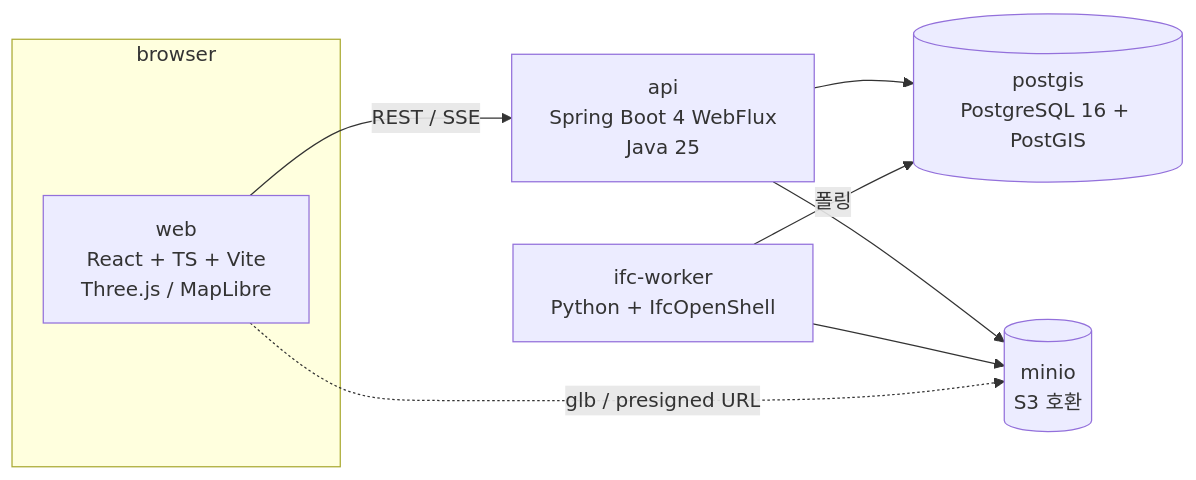
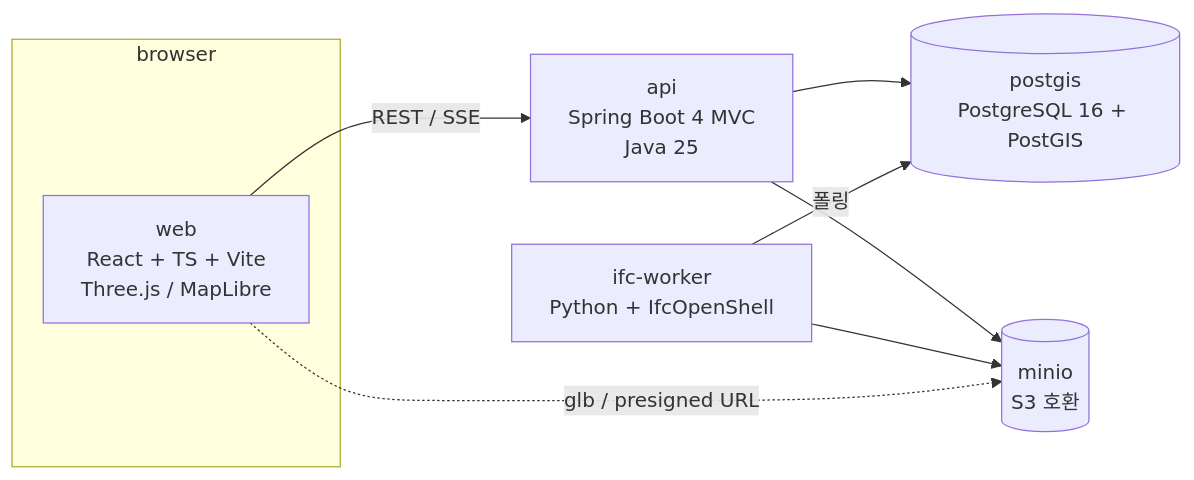
One commit to Gun-stack/bim-platform changed the first of 2 diagrams in docs/01-architecture.md. Above: the diagram before and after it, drawn with Mermaid. The commit also changed 9 other files, not shown here.

First line of the commit message:
M1-1: api 업로드 — MVC+JDBC 전환(ADR 0006), 프로젝트 생성/목록, IFC 업로드→MinIO→model+conversion_job, 모델 조회

````diff
--- a/docs/01-architecture.md
+++ b/docs/01-architecture.md
@@ -5,12 +5,12 @@
 ```mermaid
 flowchart LR
   subgraph browser
     WEB[web<br/>React + TS + Vite<br/>Three.js / MapLibre]
   end
-  WEB -- REST / SSE --> API[api<br/>Spring Boot 4 WebFlux<br/>Java 25]
+  WEB -- REST / SSE --> API[api<br/>Spring Boot 4 MVC<br/>Java 25]
   API --> PG[(postgis<br/>PostgreSQL 16 + PostGIS)]
   API --> S3[(minio<br/>S3 호환)]
   WORKER[ifc-worker<br/>Python + IfcOpenShell] -- 폴링 --> PG
   WORKER --> S3
   WEB -. glb / presigned URL .-> S3
 ```
````
